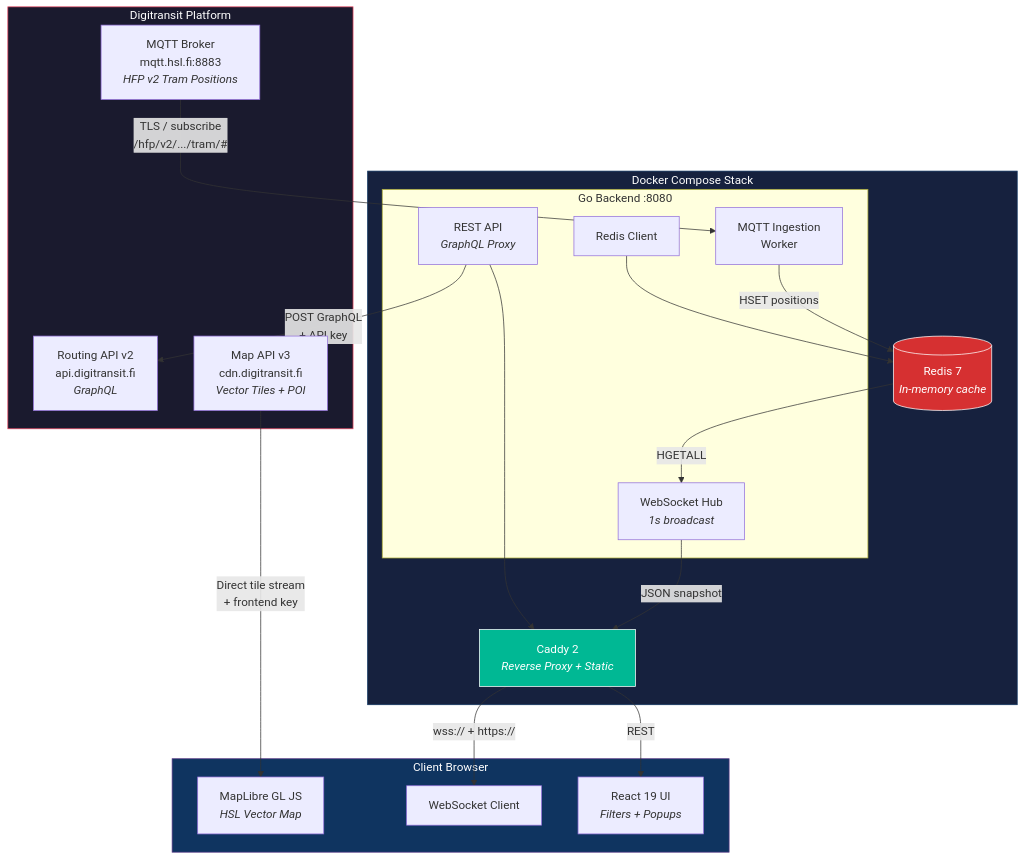
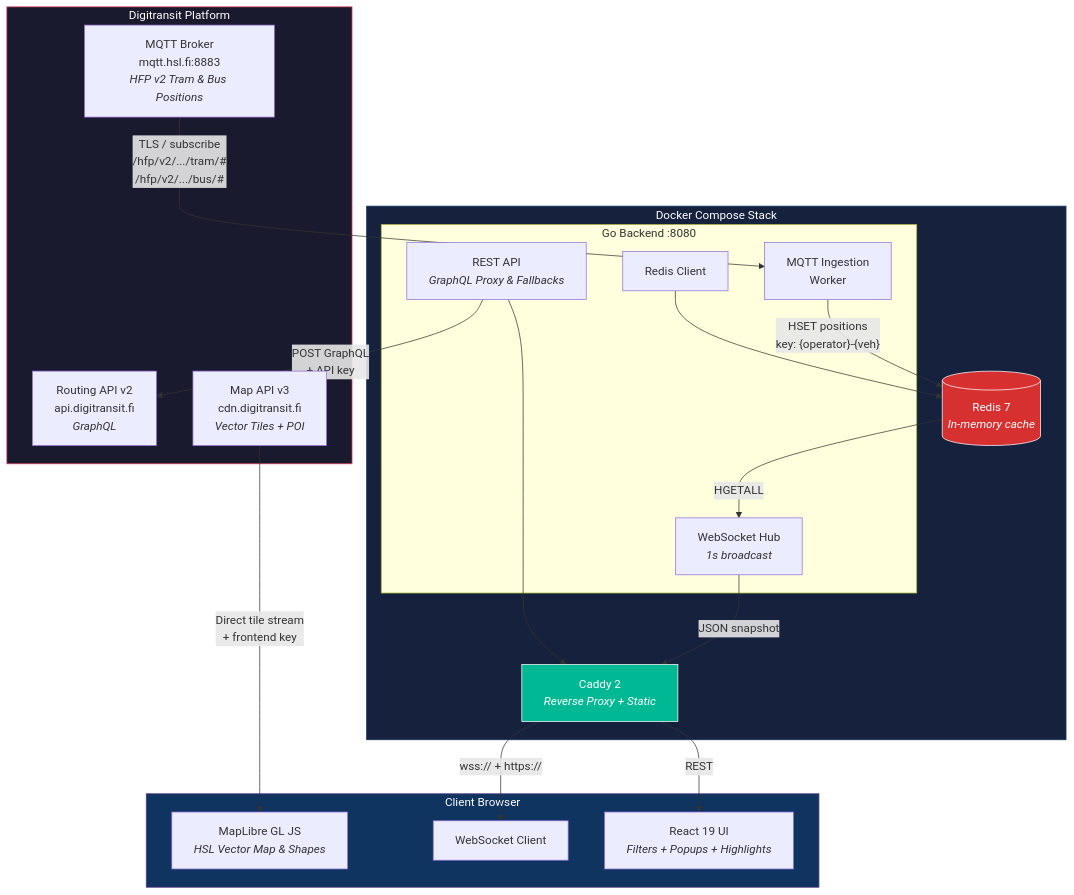
One commit to Saavuori/ratikka changed the first of 7 diagrams in docs/PLAN.md. Above: the diagram before and after it, drawn with Mermaid. The commit also changed other lines of this file and 6 other files, not shown here.

Commit message:
docs: update HSL - LIVE documentation, diagrams, and screenshots

````diff
--- a/docs/PLAN.md
+++ b/docs/PLAN.md
@@ -52,43 +57,43 @@
 ```mermaid
 graph TB
     subgraph ext["Digitransit Platform"]
-        MQTT["MQTT Broker<br/>mqtt.hsl.fi:8883<br/><i>HFP v2 Tram Positions</i>"]
+        MQTT["MQTT Broker<br/>mqtt.hsl.fi:8883<br/><i>HFP v2 Tram & Bus Positions</i>"]
         GQL["Routing API v2<br/>api.digitransit.fi<br/><i>GraphQL</i>"]
         TILES["Map API v3<br/>cdn.digitransit.fi<br/><i>Vector Tiles + POI</i>"]
     end
 
     subgraph compose["Docker Compose Stack"]
         subgraph backend["Go Backend :8080"]
             MQTTC["MQTT Ingestion<br/>Worker"]
             CACHE["Redis Client"]
             WSHUB["WebSocket Hub<br/><i>1s broadcast</i>"]
-            API["REST API<br/><i>GraphQL Proxy</i>"]
+            API["REST API<br/><i>GraphQL Proxy & Fallbacks</i>"]
         end
         REDIS[("Redis 7<br/><i>In-memory cache</i>")]
         CADDY["Caddy 2<br/><i>Reverse Proxy + Static</i>"]
     end
 
     subgraph browser["Client Browser"]
-        MAP["MapLibre GL JS<br/><i>HSL Vector Map</i>"]
+        MAP["MapLibre GL JS<br/><i>HSL Vector Map & Shapes</i>"]
         WS["WebSocket Client"]
-        UI["React 19 UI<br/><i>Filters + Popups</i>"]
+        UI["React 19 UI<br/><i>Filters + Popups + Highlights</i>"]
     end
 
-    MQTT -- "TLS / subscribe<br/>/hfp/v2/.../tram/#" --> MQTTC
-    MQTTC -- "HSET positions" --> REDIS
+    MQTT -- "TLS / subscribe<br/>/hfp/v2/.../tram/#<br/>/hfp/v2/.../bus/#" --> MQTTC
+    MQTTC -- "HSET positions<br/>key: {operator}-{veh}" --> REDIS
     REDIS -- "HGETALL" --> WSHUB
     WSHUB -- "JSON snapshot" --> CADDY
     API -- "POST GraphQL<br/>+ API key" --> GQL
     CADDY -- "wss:// + https://" --> WS
     CADDY -- "REST" --> UI
     TILES -- "Direct tile stream<br/>+ frontend key" --> MAP
     
     CACHE --> REDIS
     API --> CADDY
 
     style ext fill:#1a1a2e,stroke:#e94560,color:#fff
     style compose fill:#16213e,stroke:#0f3460,color:#fff
     style browser fill:#0f3460,stroke:#533483,color:#fff
     style REDIS fill:#d63031,stroke:#fff,color:#fff
     style CADDY fill:#00b894,stroke:#fff,color:#fff
 ```
````
